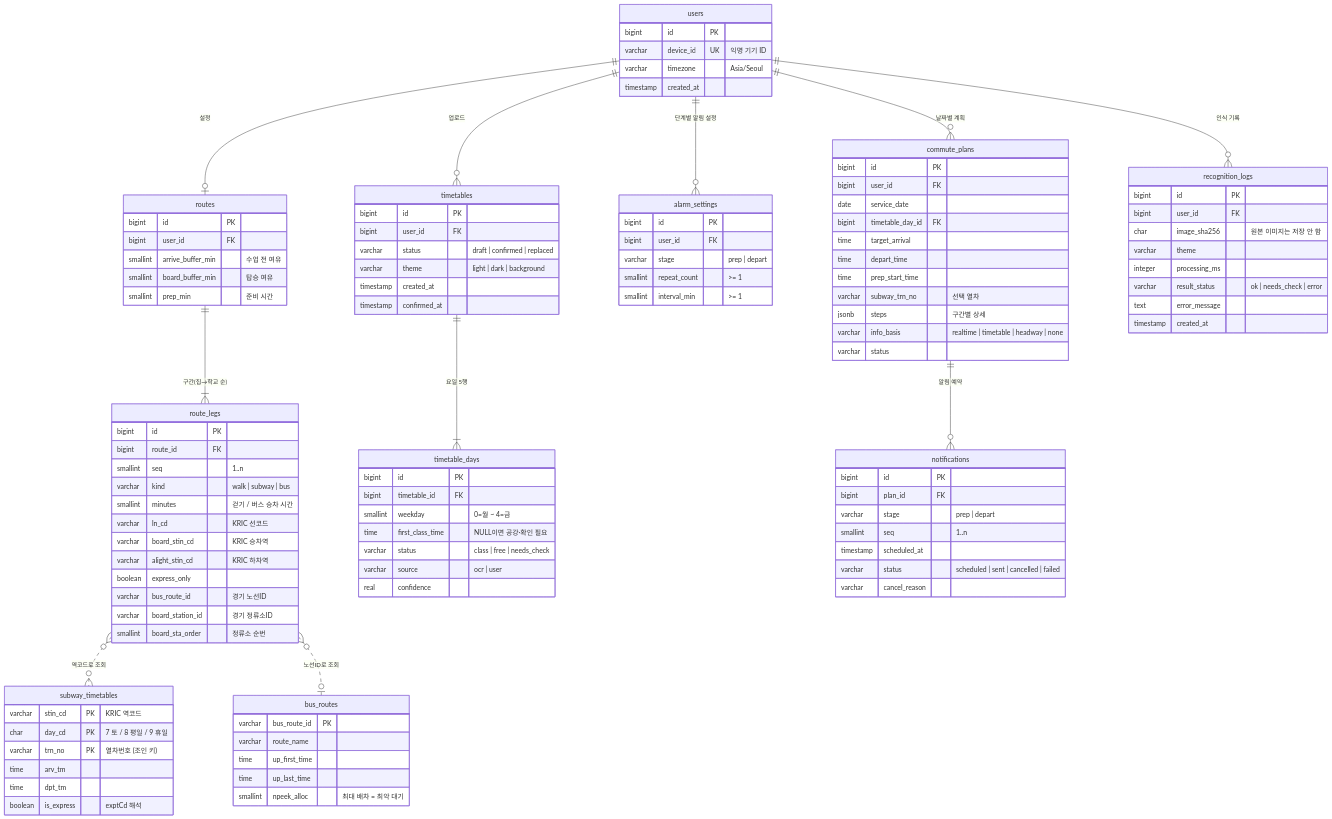
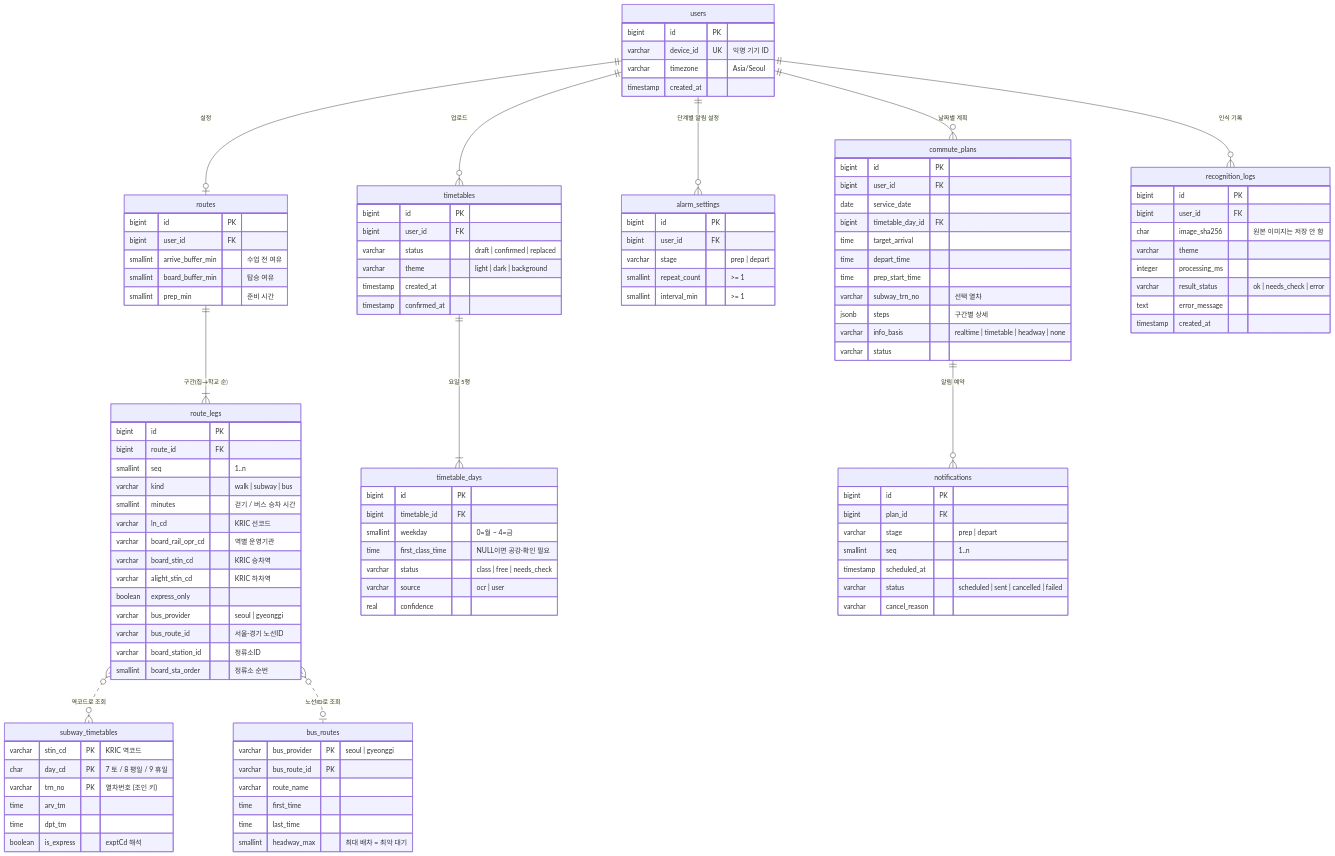
One commit to yewon51019/timetable_textps changed the diagram in docs/design/diagrams/4_erd.mmd. Above: the diagram before and after it, drawn with Mermaid. The commit also changed 9 other files, not shown here.

```diff
--- a/docs/design/diagrams/4_erd.mmd
+++ b/docs/design/diagrams/4_erd.mmd
@@ -1,110 +1,113 @@
 erDiagram
   users ||--o{ timetables : "업로드"
   users ||--o| routes : "설정"
   routes ||--|{ route_legs : "구간(집→학교 순)"
   route_legs }o..o{ subway_timetables : "역코드로 조회"
   route_legs }o..o| bus_routes : "노선ID로 조회"
   users ||--o{ alarm_settings : "단계별 알림 설정"
   users ||--o{ commute_plans : "날짜별 계획"
   users ||--o{ recognition_logs : "인식 기록"
   timetables ||--|{ timetable_days : "요일 5행"
   commute_plans ||--o{ notifications : "알림 예약"
 
   users {
     bigint id PK
     varchar device_id UK "익명 기기 ID"
     varchar timezone "Asia/Seoul"
     timestamp created_at
   }
   timetables {
     bigint id PK
     bigint user_id FK
     varchar status "draft | confirmed | replaced"
     varchar theme "light | dark | background"
     timestamp created_at
     timestamp confirmed_at
   }
   timetable_days {
     bigint id PK
     bigint timetable_id FK
     smallint weekday "0=월 ~ 4=금"
     time first_class_time "NULL이면 공강·확인 필요"
     varchar status "class | free | needs_check"
     varchar source "ocr | user"
     real confidence
   }
   routes {
     bigint id PK
     bigint user_id FK
     smallint arrive_buffer_min "수업 전 여유"
     smallint board_buffer_min "탑승 여유"
     smallint prep_min "준비 시간"
   }
   route_legs {
     bigint id PK
     bigint route_id FK
     smallint seq "1..n"
     varchar kind "walk | subway | bus"
     smallint minutes "걷기 / 버스 승차 시간"
     varchar ln_cd "KRIC 선코드"
+    varchar board_rail_opr_cd "역별 운영기관"
     varchar board_stin_cd "KRIC 승차역"
     varchar alight_stin_cd "KRIC 하차역"
     boolean express_only
-    varchar bus_route_id "경기 노선ID"
-    varchar board_station_id "경기 정류소ID"
+    varchar bus_provider "seoul | gyeonggi"
+    varchar bus_route_id "서울·경기 노선ID"
+    varchar board_station_id "정류소ID"
     smallint board_sta_order "정류소 순번"
   }
   alarm_settings {
     bigint id PK
     bigint user_id FK
     varchar stage "prep | depart"
     smallint repeat_count ">= 1"
     smallint interval_min ">= 1"
   }
   subway_timetables {
     varchar stin_cd PK "KRIC 역코드"
     char day_cd PK "7 토 / 8 평일 / 9 휴일"
     varchar trn_no PK "열차번호 (조인 키)"
     time arv_tm
     time dpt_tm
     boolean is_express "exptCd 해석"
   }
   bus_routes {
+    varchar bus_provider PK "seoul | gyeonggi"
     varchar bus_route_id PK
     varchar route_name
-    time up_first_time
-    time up_last_time
-    smallint npeek_alloc "최대 배차 = 최악 대기"
+    time first_time
+    time last_time
+    smallint headway_max "최대 배차 = 최악 대기"
   }
   commute_plans {
     bigint id PK
     bigint user_id FK
     date service_date
     bigint timetable_day_id FK
     time target_arrival
     time depart_time
     time prep_start_time
     varchar subway_trn_no "선택 열차"
     jsonb steps "구간별 상세"
     varchar info_basis "realtime | timetable | headway | none"
     varchar status
   }
   notifications {
     bigint id PK
     bigint plan_id FK
     varchar stage "prep | depart"
     smallint seq "1..n"
     timestamp scheduled_at
     varchar status "scheduled | sent | cancelled | failed"
     varchar cancel_reason
   }
   recognition_logs {
     bigint id PK
     bigint user_id FK
     char image_sha256 "원본 이미지는 저장 안 함"
     varchar theme
     integer processing_ms
     varchar result_status "ok | needs_check | error"
     text error_message
     timestamp created_at
   }
```
